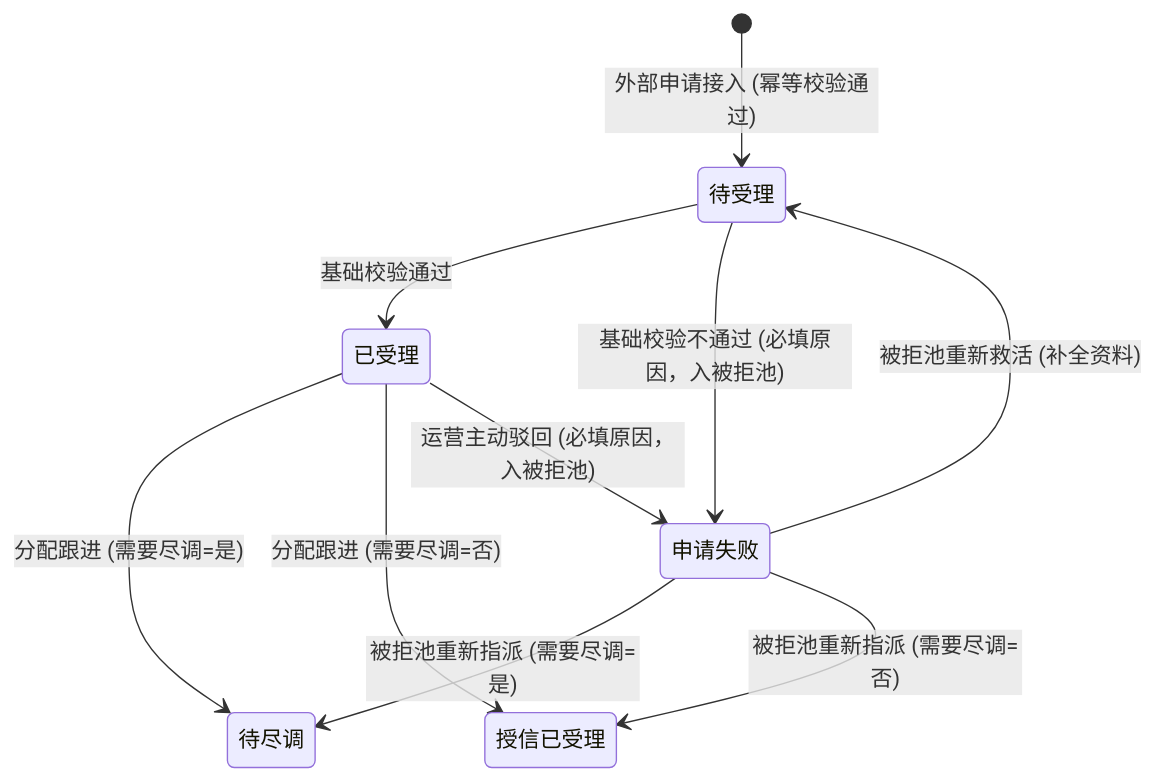
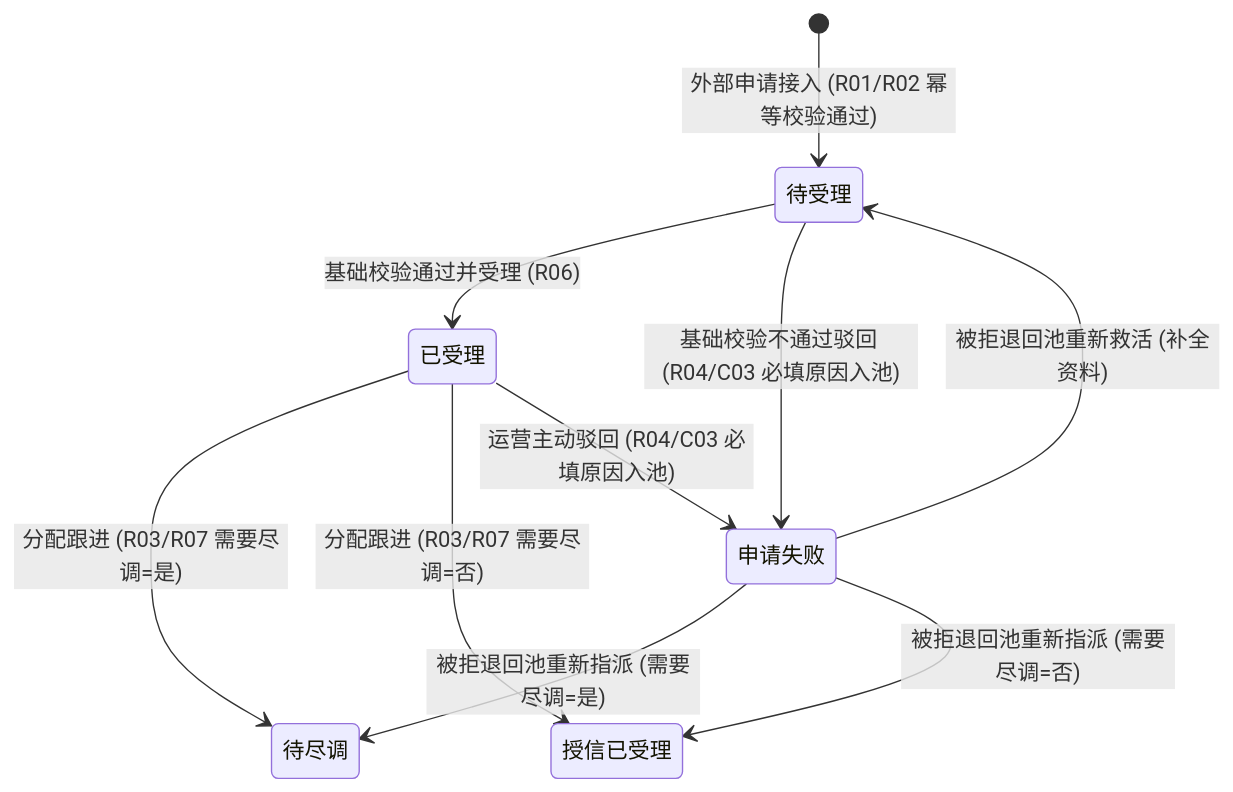
One commit to RobertHuang999/SYZC changed the diagram in 02-PRD文档/🌟🌟🌟-最新基准版/B端PC/03-融资监管/01-融资管理-客户融资需求线索/客户融资需求线索业务规则规格.md. Above: the diagram before and after it, drawn with Mermaid. The commit also changed other lines of this file and 264 other files, not shown here.

````diff
--- a/02-PRD文档/🌟🌟🌟-最新基准版/B端PC/03-融资监管/01-融资管理-客户融资需求线索/客户融资需求线索业务规则规格.md
+++ b/02-PRD文档/🌟🌟🌟-最新基准版/B端PC/03-融资监管/01-融资管理-客户融资需求线索/客户融资需求线索业务规则规格.md
@@ -46,12 +49,12 @@
 ```mermaid
 stateDiagram-v2
-    [*] --> 待受理 : 外部申请接入 (幂等校验通过)
-    待受理 --> 已受理 : 基础校验通过
-    待受理 --> 申请失败 : 基础校验不通过 (必填原因，入被拒池)
-    已受理 --> 待尽调 : 分配跟进 (需要尽调=是)
-    已受理 --> 授信已受理 : 分配跟进 (需要尽调=否)
-    已受理 --> 申请失败 : 运营主动驳回 (必填原因，入被拒池)
-    申请失败 --> 待受理 : 被拒池重新救活 (补全资料)
-    申请失败 --> 待尽调 : 被拒池重新指派 (需要尽调=是)
-    申请失败 --> 授信已受理 : 被拒池重新指派 (需要尽调=否)
+    [*] --> 待受理 : 外部申请接入 (R01/R02 幂等校验通过)
+    待受理 --> 已受理 : 基础校验通过并受理 (R06)
+    待受理 --> 申请失败 : 基础校验不通过驳回 (R04/C03 必填原因入池)
+    已受理 --> 待尽调 : 分配跟进 (R03/R07 需要尽调=是)
+    已受理 --> 授信已受理 : 分配跟进 (R03/R07 需要尽调=否)
+    已受理 --> 申请失败 : 运营主动驳回 (R04/C03 必填原因入池)
+    申请失败 --> 待受理 : 被拒退回池重新救活 (补全资料)
+    申请失败 --> 待尽调 : 被拒退回池重新指派 (需要尽调=是)
+    申请失败 --> 授信已受理 : 被拒退回池重新指派 (需要尽调=否)
 ```
````
